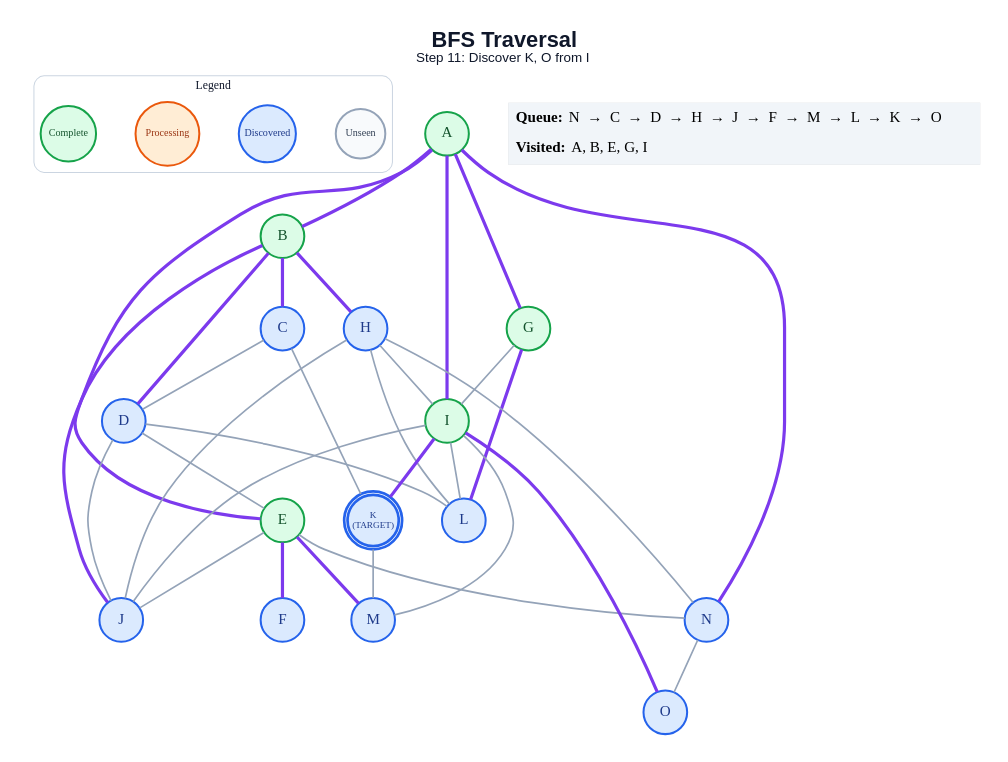
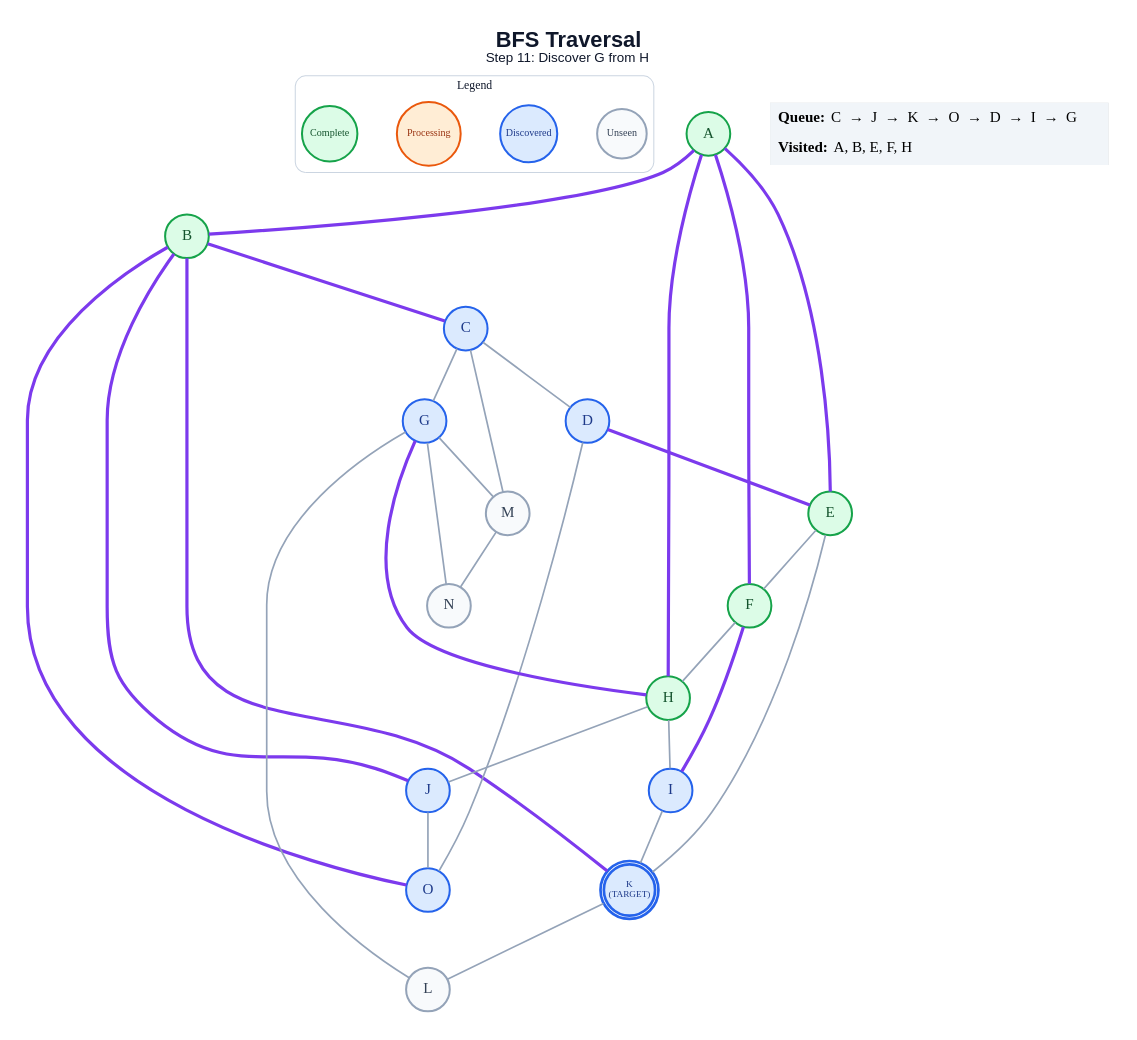
One commit to anon7238593-create/ai-slop changed the diagram in generated/specific-node/bfs/step_11.dot. Above: the diagram before and after it, drawn with Graphviz. The commit also changed 265 other files, not shown here.

```diff
--- a/generated/specific-node/bfs/step_11.dot
+++ b/generated/specific-node/bfs/step_11.dot
@@ -1,65 +1,61 @@
 graph traversal {
   graph [layout=dot, rankdir=TB, bgcolor="#FFFFFF", pad="0.35", nodesep="0.65", ranksep="0.8", fontname="Arial"];
   node [shape=circle, style="filled", fontname="Arial Bold", fontsize=18, width=0.72, fixedsize=true, penwidth=2.4];
   edge [color="#94A3B8", penwidth=2.0];
-  label=<<B>BFS Traversal</B><BR/><FONT POINT-SIZE="16">Step 11: Discover K, O from I</FONT>>; labelloc="t"; fontsize=26; fontname="Arial"; fontcolor="#0F172A";
+  label=<<B>BFS Traversal</B><BR/><FONT POINT-SIZE="16">Step 11: Discover G from H</FONT>>; labelloc="t"; fontsize=26; fontname="Arial"; fontcolor="#0F172A";
   subgraph cluster_legend { label="Legend"; color="#CBD5E1"; penwidth=1.2; style="rounded"; fontsize=14; fontname="Arial Bold";
     key_unseen [label="Unseen", fillcolor="#F8FAFC", color="#94A3B8", fontcolor="#334155", fontsize=12, width=0.82];
     key_frontier [label="Discovered", fillcolor="#DBEAFE", color="#2563EB", fontcolor="#1E3A8A", fontsize=12, width=0.95];
     key_current [label="Processing", fillcolor="#FFEDD5", color="#EA580C", fontcolor="#9A3412", fontsize=12, width=1.05];
     key_done [label="Complete", fillcolor="#DCFCE7", color="#16A34A", fontcolor="#14532D", fontsize=12, width=0.92];
     { rank=same; key_unseen; key_frontier; key_current; key_done; }
   }
   A [label="A", fillcolor="#DCFCE7", color="#16A34A", fontcolor="#14532D", peripheries=1, penwidth=2.4];
   B [label="B", fillcolor="#DCFCE7", color="#16A34A", fontcolor="#14532D", peripheries=1, penwidth=2.4];
   C [label="C", fillcolor="#DBEAFE", color="#2563EB", fontcolor="#1E3A8A", peripheries=1, penwidth=2.4];
   D [label="D", fillcolor="#DBEAFE", color="#2563EB", fontcolor="#1E3A8A", peripheries=1, penwidth=2.4];
   E [label="E", fillcolor="#DCFCE7", color="#16A34A", fontcolor="#14532D", peripheries=1, penwidth=2.4];
-  F [label="F", fillcolor="#DBEAFE", color="#2563EB", fontcolor="#1E3A8A", peripheries=1, penwidth=2.4];
-  G [label="G", fillcolor="#DCFCE7", color="#16A34A", fontcolor="#14532D", peripheries=1, penwidth=2.4];
-  H [label="H", fillcolor="#DBEAFE", color="#2563EB", fontcolor="#1E3A8A", peripheries=1, penwidth=2.4];
-  I [label="I", fillcolor="#DCFCE7", color="#16A34A", fontcolor="#14532D", peripheries=1, penwidth=2.4];
+  F [label="F", fillcolor="#DCFCE7", color="#16A34A", fontcolor="#14532D", peripheries=1, penwidth=2.4];
+  G [label="G", fillcolor="#DBEAFE", color="#2563EB", fontcolor="#1E3A8A", peripheries=1, penwidth=2.4];
+  H [label="H", fillcolor="#DCFCE7", color="#16A34A", fontcolor="#14532D", peripheries=1, penwidth=2.4];
+  I [label="I", fillcolor="#DBEAFE", color="#2563EB", fontcolor="#1E3A8A", peripheries=1, penwidth=2.4];
   J [label="J", fillcolor="#DBEAFE", color="#2563EB", fontcolor="#1E3A8A", peripheries=1, penwidth=2.4];
   K [label="K\n(TARGET)", fillcolor="#DBEAFE", color="#2563EB", fontcolor="#1E3A8A", peripheries=2, penwidth=3.2, fontsize=11, width=0.85, height=0.85];
-  L [label="L", fillcolor="#DBEAFE", color="#2563EB", fontcolor="#1E3A8A", peripheries=1, penwidth=2.4];
-  M [label="M", fillcolor="#DBEAFE", color="#2563EB", fontcolor="#1E3A8A", peripheries=1, penwidth=2.4];
-  N [label="N", fillcolor="#DBEAFE", color="#2563EB", fontcolor="#1E3A8A", peripheries=1, penwidth=2.4];
+  L [label="L", fillcolor="#F8FAFC", color="#94A3B8", fontcolor="#334155", peripheries=1, penwidth=2.4];
+  M [label="M", fillcolor="#F8FAFC", color="#94A3B8", fontcolor="#334155", peripheries=1, penwidth=2.4];
+  N [label="N", fillcolor="#F8FAFC", color="#94A3B8", fontcolor="#334155", peripheries=1, penwidth=2.4];
   O [label="O", fillcolor="#DBEAFE", color="#2563EB", fontcolor="#1E3A8A", peripheries=1, penwidth=2.4];
   A -- B [color="#7C3AED", penwidth=3.8];
   A -- E [color="#7C3AED", penwidth=3.8];
-  A -- G [color="#7C3AED", penwidth=3.8];
-  A -- I [color="#7C3AED", penwidth=3.8];
-  A -- N [color="#7C3AED", penwidth=3.8];
+  A -- F [color="#7C3AED", penwidth=3.8];
+  A -- H [color="#7C3AED", penwidth=3.8];
   B -- C [color="#7C3AED", penwidth=3.8];
-  B -- D [color="#7C3AED", penwidth=3.8];
-  B -- H [color="#7C3AED", penwidth=3.8];
   B -- J [color="#7C3AED", penwidth=3.8];
+  B -- K [color="#7C3AED", penwidth=3.8];
+  B -- O [color="#7C3AED", penwidth=3.8];
   C -- D;
-  C -- K;
-  D -- E;
-  D -- J;
-  D -- L;
-  E -- F [color="#7C3AED", penwidth=3.8];
-  E -- J;
-  E -- M [color="#7C3AED", penwidth=3.8];
-  E -- N;
-  G -- I;
-  G -- L [color="#7C3AED", penwidth=3.8];
+  C -- G;
+  C -- M;
+  D -- E [color="#7C3AED", penwidth=3.8];
+  D -- O;
+  E -- F;
+  E -- K;
+  F -- H;
+  F -- I [color="#7C3AED", penwidth=3.8];
+  G -- H [color="#7C3AED", penwidth=3.8];
+  G -- L;
+  G -- M;
+  G -- N;
   H -- I;
   H -- J;
-  H -- L;
-  H -- N;
-  I -- J;
-  I -- K [color="#7C3AED", penwidth=3.8];
-  I -- L;
-  I -- M;
-  I -- O [color="#7C3AED", penwidth=3.8];
-  K -- M;
-  N -- O;
+  I -- K;
+  J -- O;
+  K -- L;
+  M -- N;
   status [shape=plain, fixedsize=false, width=0, height=0, margin=0, label=<
     <TABLE BORDER="0" CELLBORDER="0" CELLPADDING="7" BGCOLOR="#F1F5F9">
-      <TR><TD ALIGN="LEFT"><B>Queue:</B> N  →  C  →  D  →  H  →  J  →  F  →  M  →  L  →  K  →  O</TD></TR>
-      <TR><TD ALIGN="LEFT"><B>Visited:</B> A, B, E, G, I</TD></TR>
+      <TR><TD ALIGN="LEFT"><B>Queue:</B> C  →  J  →  K  →  O  →  D  →  I  →  G</TD></TR>
+      <TR><TD ALIGN="LEFT"><B>Visited:</B> A, B, E, F, H</TD></TR>
     </TABLE>
   >];
 }
```
